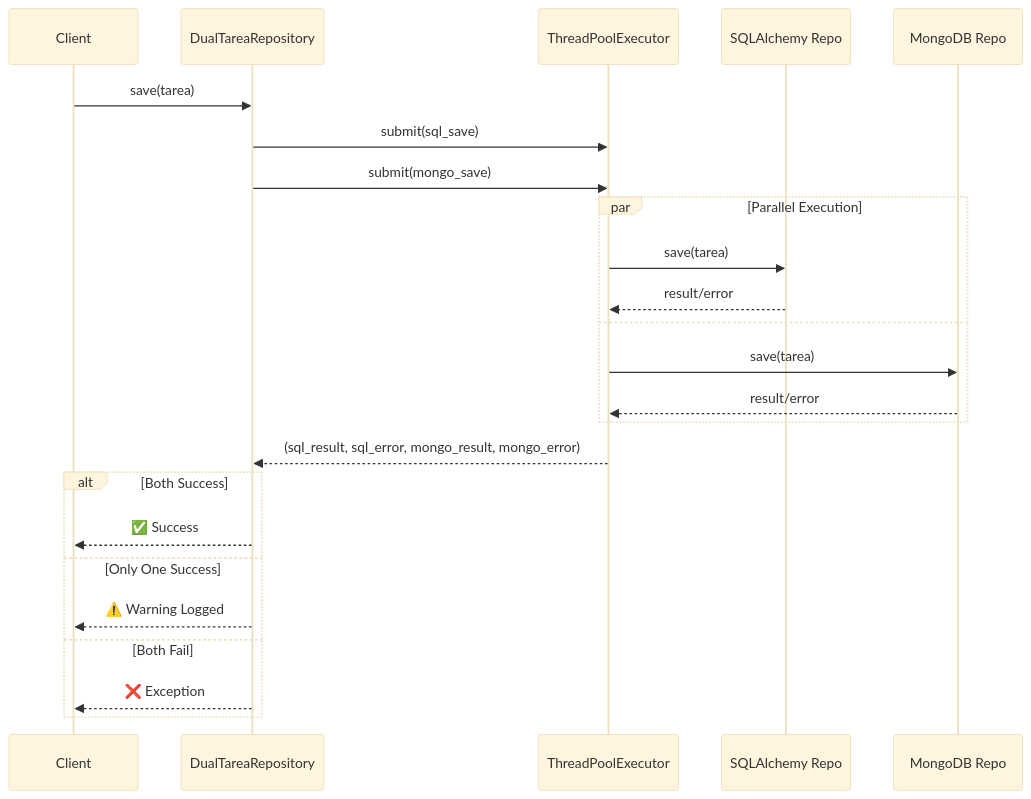
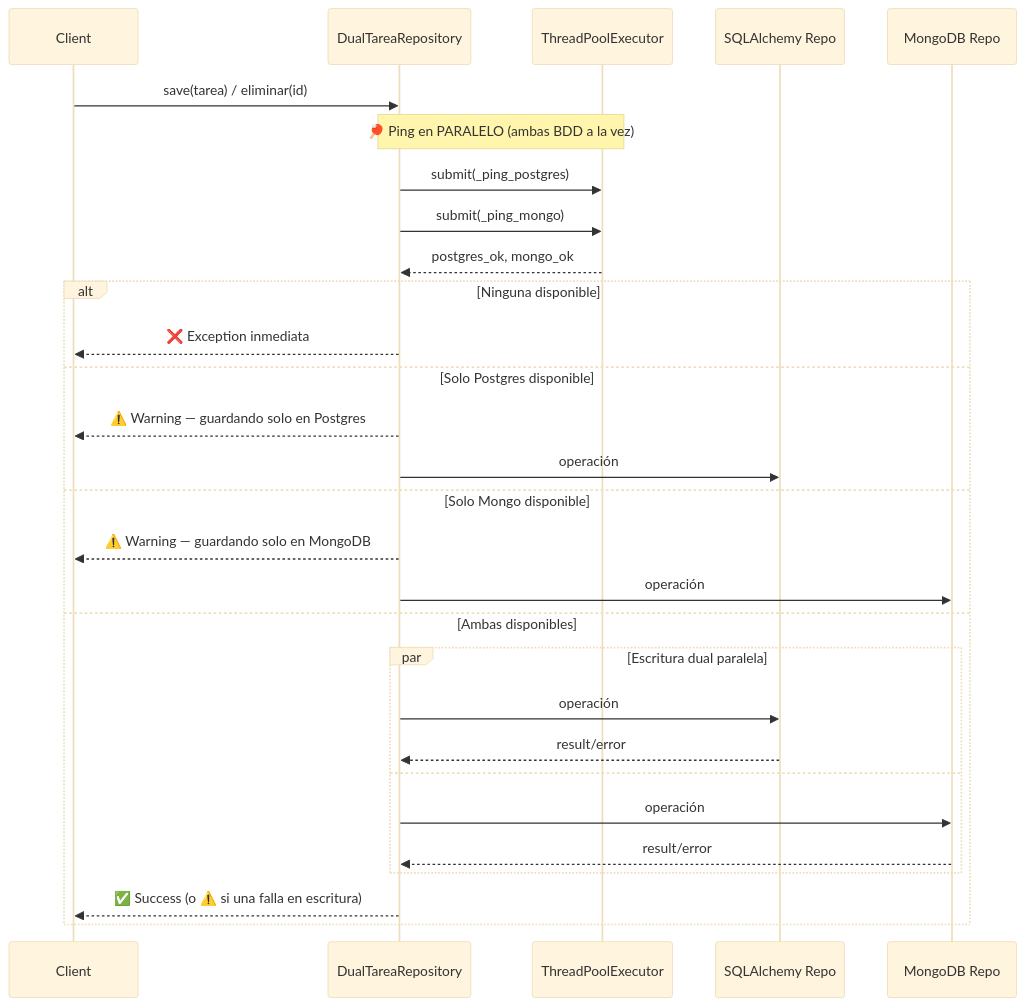
One commit to PabSdev/Arquitectura changed the second of 4 diagrams in infrastructure/dual/README.md. Above: the diagram before and after it, drawn with Mermaid (base theme). The commit also changed other lines of this file and 1 other file, not shown here.

Commit message:
feat: arreglado el error, ahora solo falta hacer lo mismo con sqlalchemy

````diff
--- a/infrastructure/dual/README.md
+++ b/infrastructure/dual/README.md
@@ -68,30 +75,33 @@
 ```mermaid
 sequenceDiagram
     participant Client
     participant DualRepo as DualTareaRepository
     participant Executor as ThreadPoolExecutor
     participant SQL as SQLAlchemy Repo
     participant Mongo as MongoDB Repo
-    
-    Client->>DualRepo: save(tarea)
-    DualRepo->>Executor: submit(sql_save)
-    DualRepo->>Executor: submit(mongo_save)
-    
-    par Parallel Execution
-        Executor->>SQL: save(tarea)
-        SQL-->>Executor: result/error
-    and
-        Executor->>Mongo: save(tarea)
-        Mongo-->>Executor: result/error
-    end
-    
-    Executor-->>DualRepo: (sql_result, sql_error, mongo_result, mongo_error)
-    
-    alt Both Success
-        DualRepo-->>Client: ✅ Success
-    else Only One Success
-        DualRepo-->>Client: ⚠️ Warning Logged
-    else Both Fail
-        DualRepo-->>Client: ❌ Exception
+
+    Client->>DualRepo: save(tarea) / eliminar(id)
+    note over DualRepo,Executor: 🏓 Ping en PARALELO (ambas BDD a la vez)
+    DualRepo->>Executor: submit(_ping_postgres)
+    DualRepo->>Executor: submit(_ping_mongo)
+    Executor-->>DualRepo: postgres_ok, mongo_ok
+
+    alt Ninguna disponible
+        DualRepo-->>Client: ❌ Exception inmediata
+    else Solo Postgres disponible
+        DualRepo-->>Client: ⚠️ Warning — guardando solo en Postgres
+        DualRepo->>SQL: operación
+    else Solo Mongo disponible
+        DualRepo-->>Client: ⚠️ Warning — guardando solo en MongoDB
+        DualRepo->>Mongo: operación
+    else Ambas disponibles
+        par Escritura dual paralela
+            DualRepo->>SQL: operación
+            SQL-->>DualRepo: result/error
+        and
+            DualRepo->>Mongo: operación
+            Mongo-->>DualRepo: result/error
+        end
+        DualRepo-->>Client: ✅ Success (o ⚠️ si una falla en escritura)
     end
 ```
````
